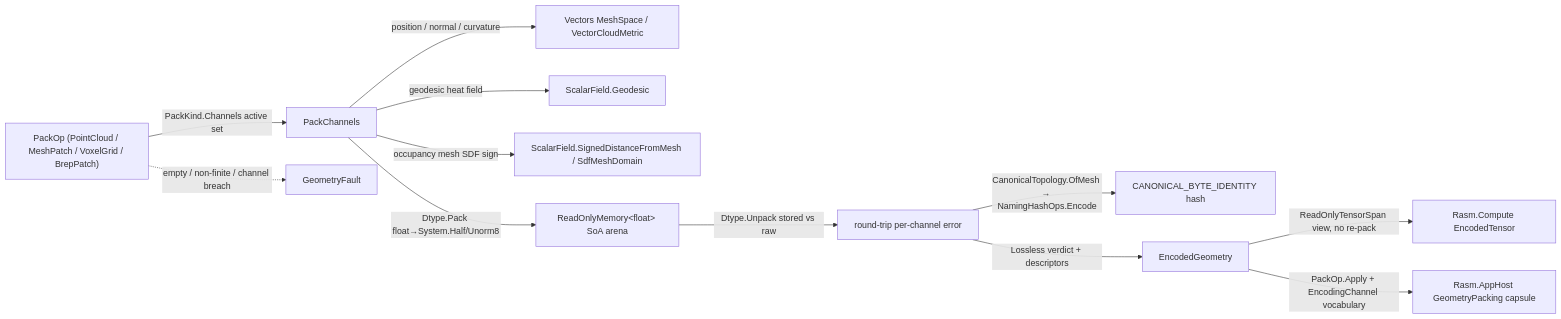
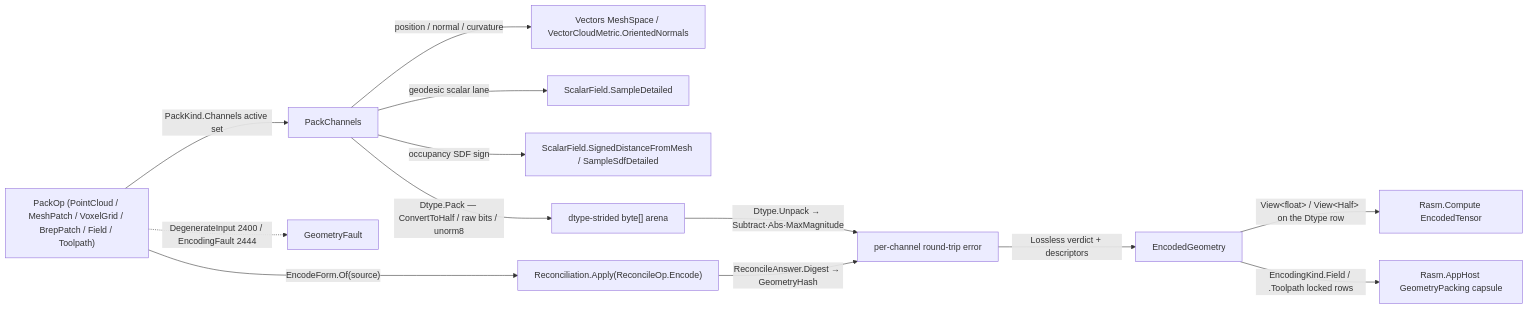
Before and after one commit to bsamiee/Rasm: the diagram in libs/csharp/Rasm/.planning/Drawing/pack.md, drawn with Mermaid. The commit also changed other lines of this file and 71 other files, not shown here.

````diff
--- a/libs/csharp/Rasm/.planning/Drawing/pack.md
+++ b/libs/csharp/Rasm/.planning/Drawing/pack.md
@@ -432,14 +488,15 @@
 ```mermaid
 flowchart LR
-    PackOp["PackOp (PointCloud / MeshPatch / VoxelGrid / BrepPatch)"] -->|PackKind.Channels active set| PackChannels
-    PackChannels -->|position / normal / curvature| Vectors["Vectors MeshSpace / VectorCloudMetric"]
-    PackChannels -->|geodesic heat field| Geodesic["ScalarField.Geodesic"]
-    PackChannels -->|occupancy mesh SDF sign| Sdf["ScalarField.SignedDistanceFromMesh / SdfMeshDomain"]
-    PackChannels -->|Dtype.Pack float→System.Half/Unorm8| Payload["ReadOnlyMemory&lt;float&gt; SoA arena"]
-    Payload -->|Dtype.Unpack stored vs raw| Witness["round-trip per-channel error"]
-    Witness -->|CanonicalTopology.OfMesh → NamingHashOps.Encode| ContentHash["CANONICAL_BYTE_IDENTITY hash"]
+    PackOp["PackOp (PointCloud / MeshPatch / VoxelGrid / BrepPatch / Field / Toolpath)"] -->|PackKind.Channels active set| PackChannels
+    PackChannels -->|position / normal / curvature| Vectors["Vectors MeshSpace / VectorCloudMetric.OrientedNormals"]
+    PackChannels -->|geodesic scalar lane| Fields["ScalarField.SampleDetailed"]
+    PackChannels -->|occupancy SDF sign| Sdf["ScalarField.SignedDistanceFromMesh / SampleSdfDetailed"]
+    PackChannels -->|"Dtype.Pack — ConvertToHalf / raw bits / unorm8"| Payload["dtype-strided byte[] arena"]
+    Payload -->|"Dtype.Unpack → Subtract·Abs·MaxMagnitude"| Witness["per-channel round-trip error"]
+    PackOp -->|"EncodeForm.Of(source)"| Reconcile["Reconciliation.Apply(ReconcileOp.Encode)"]
+    Reconcile -->|"ReconcileAnswer.Digest → GeometryHash"| Witness
     Witness -->|Lossless verdict + descriptors| EncodedGeometry
-    EncodedGeometry -->|ReadOnlyTensorSpan view, no re-pack| Compute["Rasm.Compute EncodedTensor"]
-    EncodedGeometry -->|PackOp.Apply + EncodingChannel vocabulary| AppHost["Rasm.AppHost GeometryPacking capsule"]
-    PackOp -.->|empty / non-finite / channel breach| GeometryFault
+    EncodedGeometry -->|"View&lt;float&gt; / View&lt;Half&gt; on the Dtype row"| Compute["Rasm.Compute EncodedTensor"]
+    EncodedGeometry -->|EncodingKind.Field / .Toolpath locked rows| AppHost["Rasm.AppHost GeometryPacking capsule"]
+    PackOp -.->|"DegenerateInput 2400 / EncodingFault 2444"| GeometryFault
 ```
````
